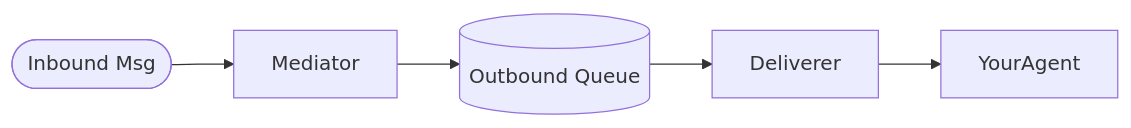
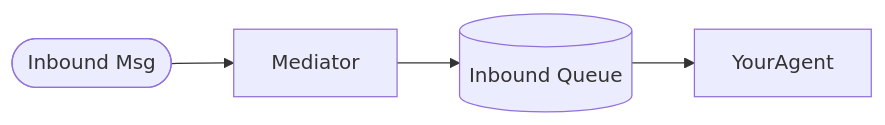
The first of 3 diagrams in README.md (bcgov/aries-acapy-plugin-redis-events), drawn with Mermaid before and after one commit. The commit also changed other lines of this file and 1 other file, not shown here.

````diff
--- a/README.md
+++ b/README.md
@@ -32,7 +32,6 @@
 ```mermaid
   flowchart LR;
       InboundMsg([Inbound Msg])-->Mediator;
-      Mediator-->OutboundQueue[(Outbound Queue)];
-      OutboundQueue-->Deliverer;
-      Deliverer-->YourAgent;
+      Mediator-->InboundQueue[(Inbound Queue)];
+      InboundQueue-->YourAgent;
 ```
````
